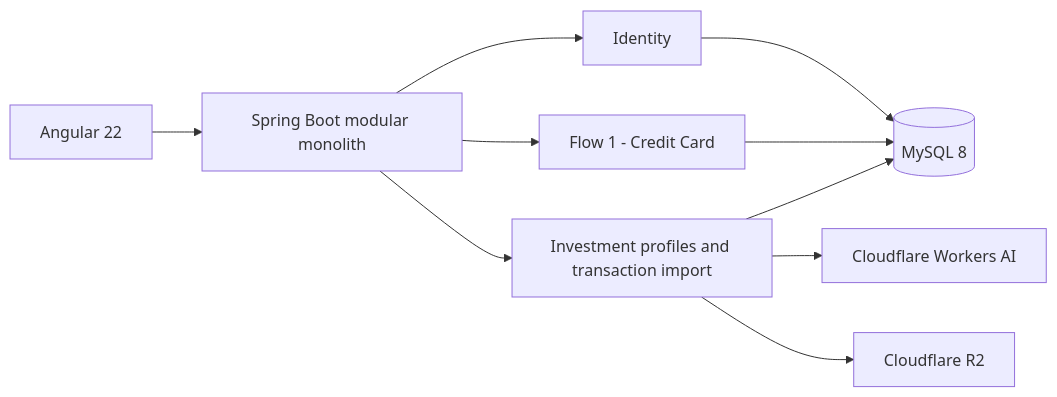
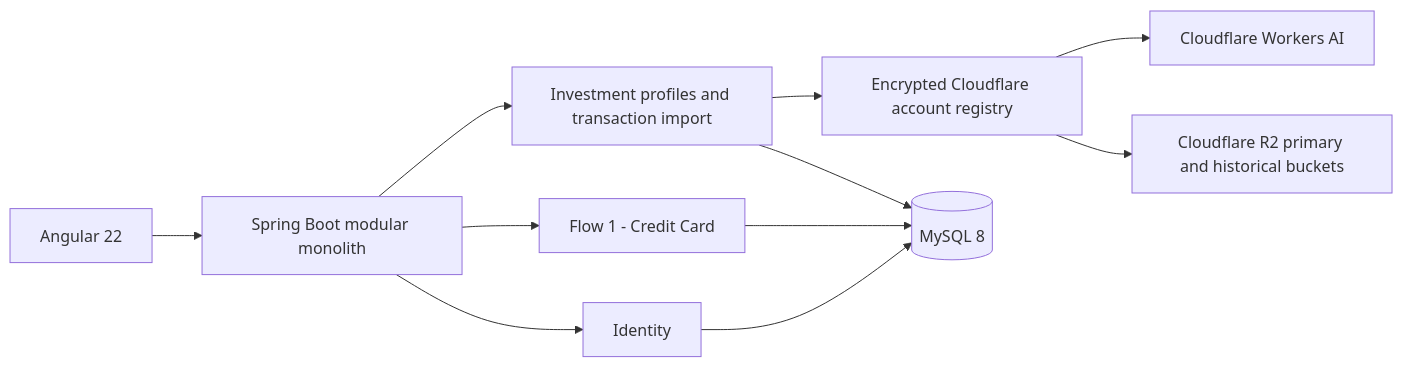
One commit to pvhao2002/kira-app changed the diagram in kira-bank/docs/architecture/overview.md. Above: the diagram before and after it, drawn with Mermaid. The commit also changed other lines of this file and 63 other files, not shown here.

````diff
--- a/kira-bank/docs/architecture/overview.md
+++ b/kira-bank/docs/architecture/overview.md
@@ -5,12 +5,13 @@
 ```mermaid
 flowchart LR
  UI[Angular 22] --> API[Spring Boot modular monolith]
  API --> ID[Identity]
  API --> F1[Flow 1 - Credit Card]
  API --> F2[Investment profiles and transaction import]
- F2 --> AI[Cloudflare Workers AI]
- F2 --> R2[Cloudflare R2]
+ F2 --> AIC[Encrypted Cloudflare account registry]
+ AIC --> AI[Cloudflare Workers AI]
+ AIC --> R2[Cloudflare R2 primary and historical buckets]
  ID --> DB[(MySQL 8)]
  F1 --> DB
  F2 --> DB
 ```
````
